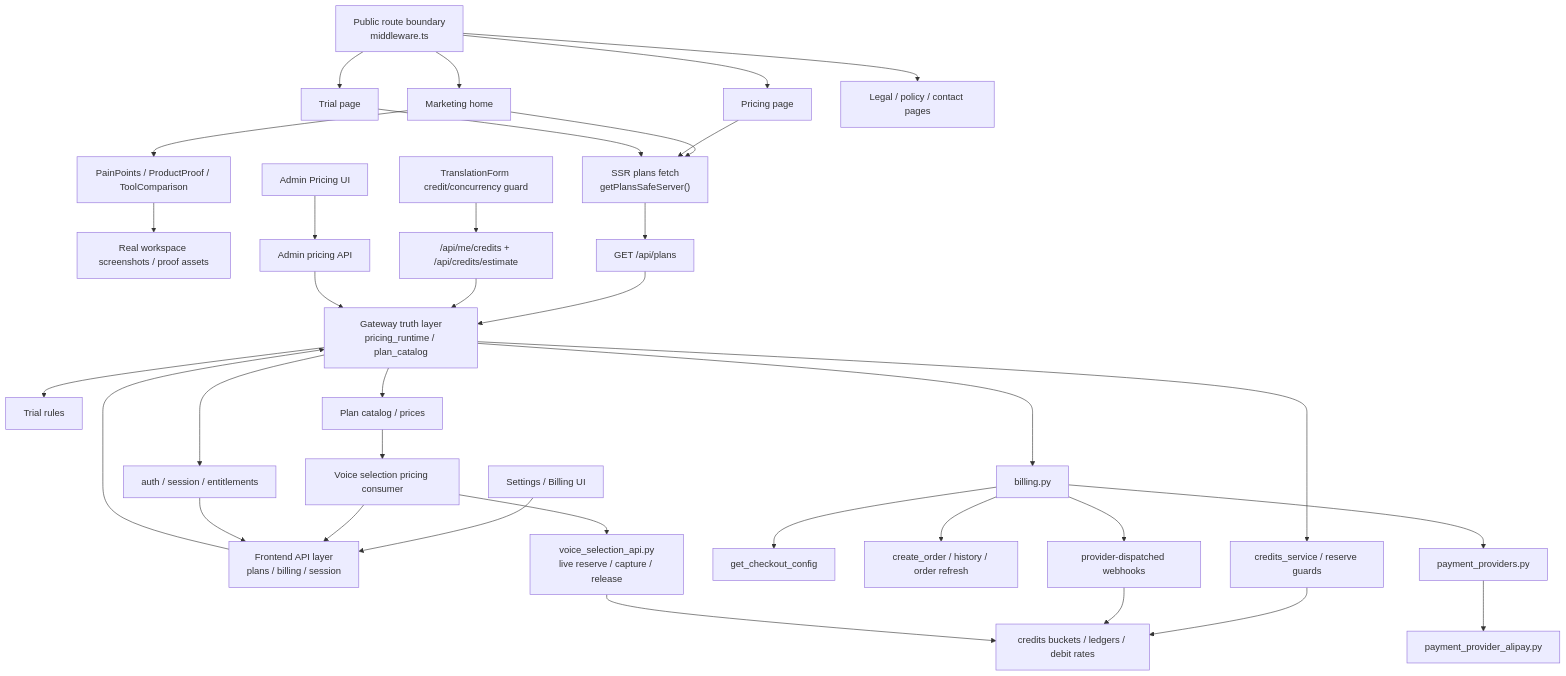
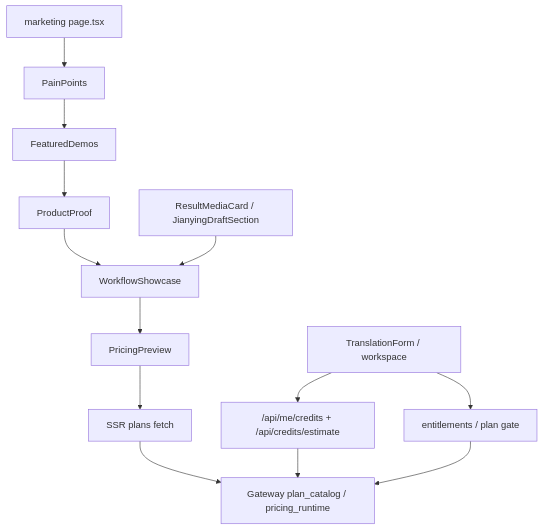
Before and after one commit to sun9bear/AITransVideo: the diagram in docs/graphs/GITNEXUS_COMMERCIALIZATION_GRAPH.md, drawn with Mermaid. The commit also changed other lines of this file and 7 other files, not shown here.

Commit message:
docs(graphs): refresh GitNexus graphs to 83f4ddd

````diff
--- a/docs/graphs/GITNEXUS_COMMERCIALIZATION_GRAPH.md
+++ b/docs/graphs/GITNEXUS_COMMERCIALIZATION_GRAPH.md
@@ -19,43 +16,18 @@
 ```mermaid
 graph TD
-    PublicRoutes["Public route boundary<br/>middleware.ts"] --> Home["Marketing home"]
-    PublicRoutes --> PricingPage["Pricing page"]
-    PublicRoutes --> TrialPage["Trial page"]
-    PublicRoutes --> Legal["Legal / policy / contact pages"]
+    Home["marketing page.tsx"] --> Pain["PainPoints"]
+    Pain --> Demos["FeaturedDemos"]
+    Demos --> Proof["ProductProof"]
+    Proof --> Workflow["WorkflowShowcase"]
+    Workflow --> Pricing["PricingPreview"]
 
-    Home --> Narrative["PainPoints / ProductProof / ToolComparison"]
-    Narrative --> ProofAssets["Real workspace screenshots / proof assets"]
-    Home --> SSRPlans["SSR plans fetch<br/>getPlansSafeServer()"]
-    PricingPage --> SSRPlans
-    TrialPage --> SSRPlans
-    SSRPlans --> PublicPlans["GET /api/plans"]
-    PublicPlans --> GatewayTruth
+    Pricing --> PlansSSR["SSR plans fetch"]
+    PlansSSR --> GatewayPlans["Gateway plan_catalog / pricing_runtime"]
 
-    BillingCenter["Settings / Billing UI"] --> FrontAPI
-    CreateJob["TranslationForm credit/concurrency guard"] --> CreditsRead["/api/me/credits + /api/credits/estimate"]
-    VoicePricing["Voice selection pricing consumer"] --> FrontAPI
-    AdminPricing["Admin Pricing UI"] --> AdminAPI
+    Workspace["TranslationForm / workspace"] --> CreditsRead["/api/me/credits + /api/credits/estimate"]
+    Workspace --> PlansGate["entitlements / plan gate"]
+    CreditsRead --> GatewayPlans
+    PlansGate --> GatewayPlans
 
-    FrontAPI["Frontend API layer<br/>plans / billing / session"] --> GatewayTruth
-    CreditsRead --> GatewayTruth
-    AdminAPI["Admin pricing API"] --> GatewayTruth
-
-    GatewayTruth["Gateway truth layer<br/>pricing_runtime / plan_catalog"] --> TrialRules["Trial rules"]
-    GatewayTruth --> Plans["Plan catalog / prices"]
-    GatewayTruth --> Credits["credits_service / reserve guards"]
-    GatewayTruth --> Billing["billing.py"]
-    GatewayTruth --> Session["auth / session / entitlements"]
-
-    Billing --> ProviderConfig["get_checkout_config"]
-    Billing --> Orders["create_order / history / order refresh"]
-    Billing --> Webhooks["provider-dispatched webhooks"]
-    Billing --> Providers["payment_providers.py"]
-    Providers --> Alipay["payment_provider_alipay.py"]
-
-    Plans --> VoicePricing
-    VoicePricing --> CloneFlow["voice_selection_api.py<br/>live reserve / capture / release"]
-    Credits --> Ledger["credits buckets / ledgers / debit rates"]
-    Webhooks --> Ledger
-    CloneFlow --> Ledger
-    Session --> FrontAPI
+    ResultProof["ResultMediaCard / JianyingDraftSection"] --> Workflow
 ```
````
